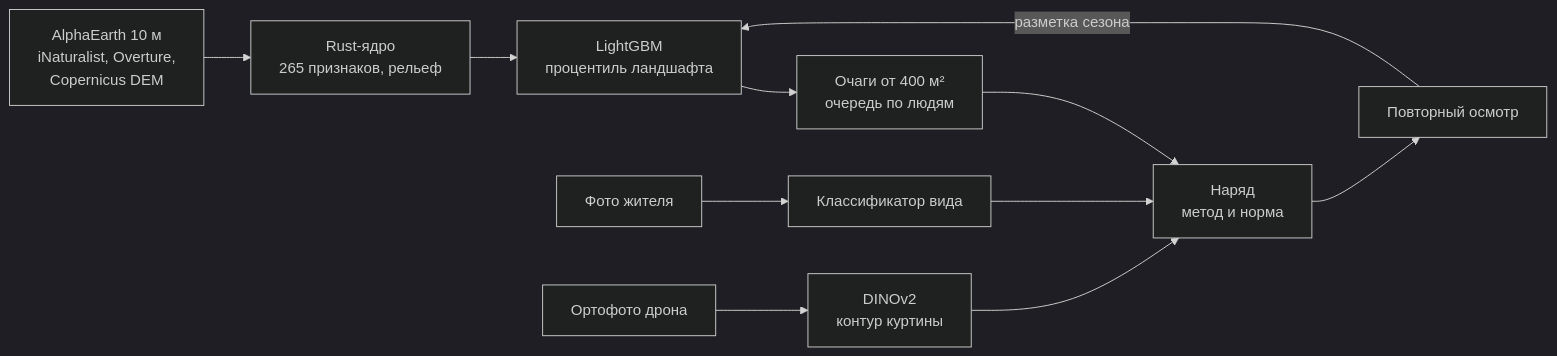
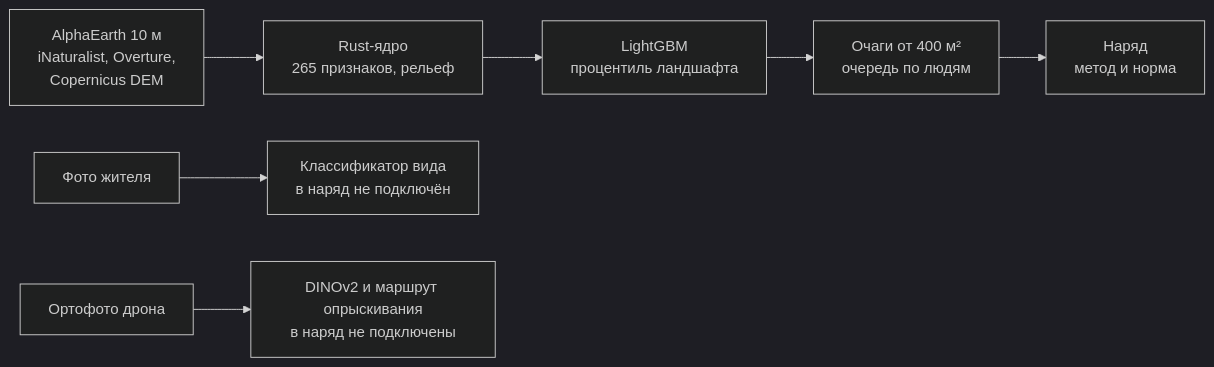
One commit to KonkovDV/InvaRadar changed the diagram in README.md. Above: the diagram before and after it, drawn with Mermaid (dark theme). The commit also changed other lines of this file and 22 other files, not shown here.

````diff
--- a/README.md
+++ b/README.md
@@ -104,10 +104,9 @@
 ```mermaid
 flowchart LR
   D["AlphaEarth 10 м<br/>iNaturalist, Overture,<br/>Copernicus DEM"] --> R["Rust-ядро<br/>265 признаков, рельеф"]
   R --> M["LightGBM<br/>процентиль ландшафта"]
   M --> H["Очаги от 400 м²<br/>очередь по людям"]
   H --> W["Наряд<br/>метод и норма"]
-  P["Фото жителя"] --> V["Классификатор вида"] --> W
-  U["Ортофото дрона"] --> S["DINOv2<br/>контур куртины"] --> W
-  W --> C["Повторный осмотр"] -->|"разметка сезона"| M
+  P["Фото жителя"] --> V["Классификатор вида<br/>в наряд не подключён"]
+  U["Ортофото дрона"] --> S["DINOv2 и маршрут опрыскивания<br/>в наряд не подключены"]
 ```
````
